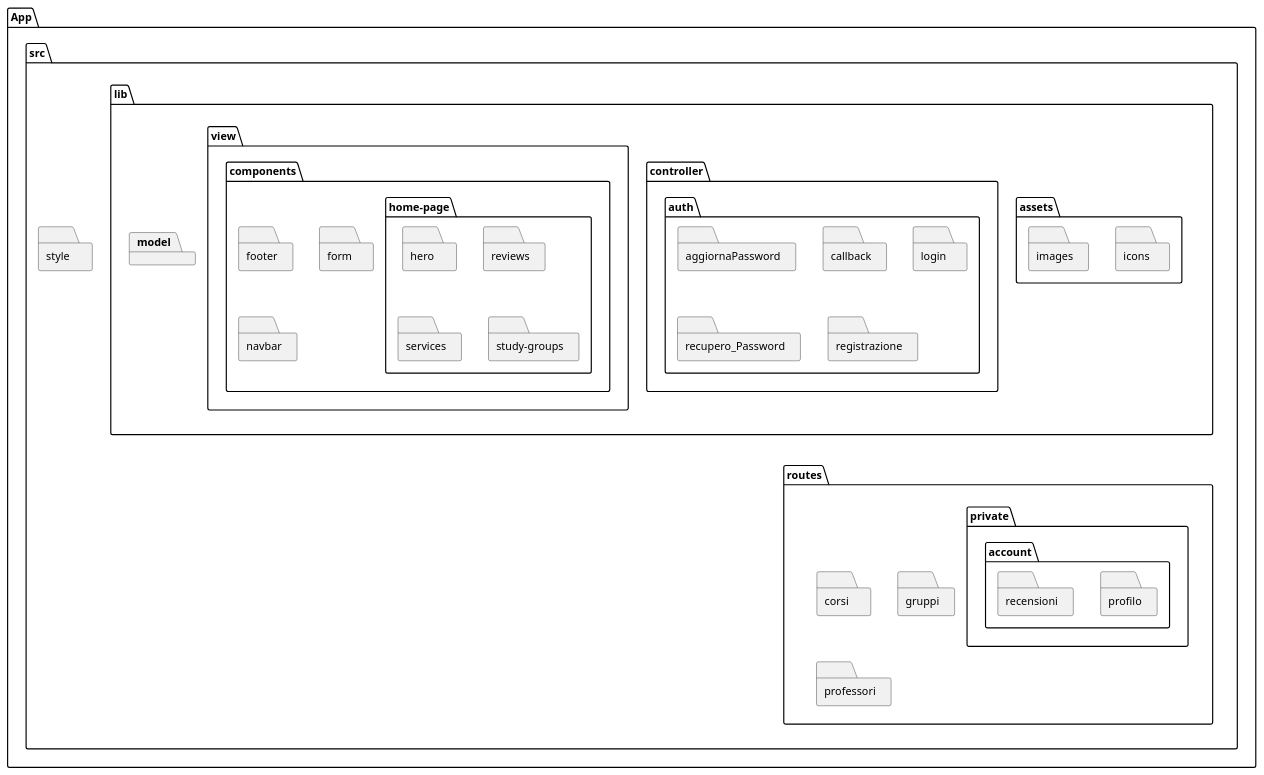
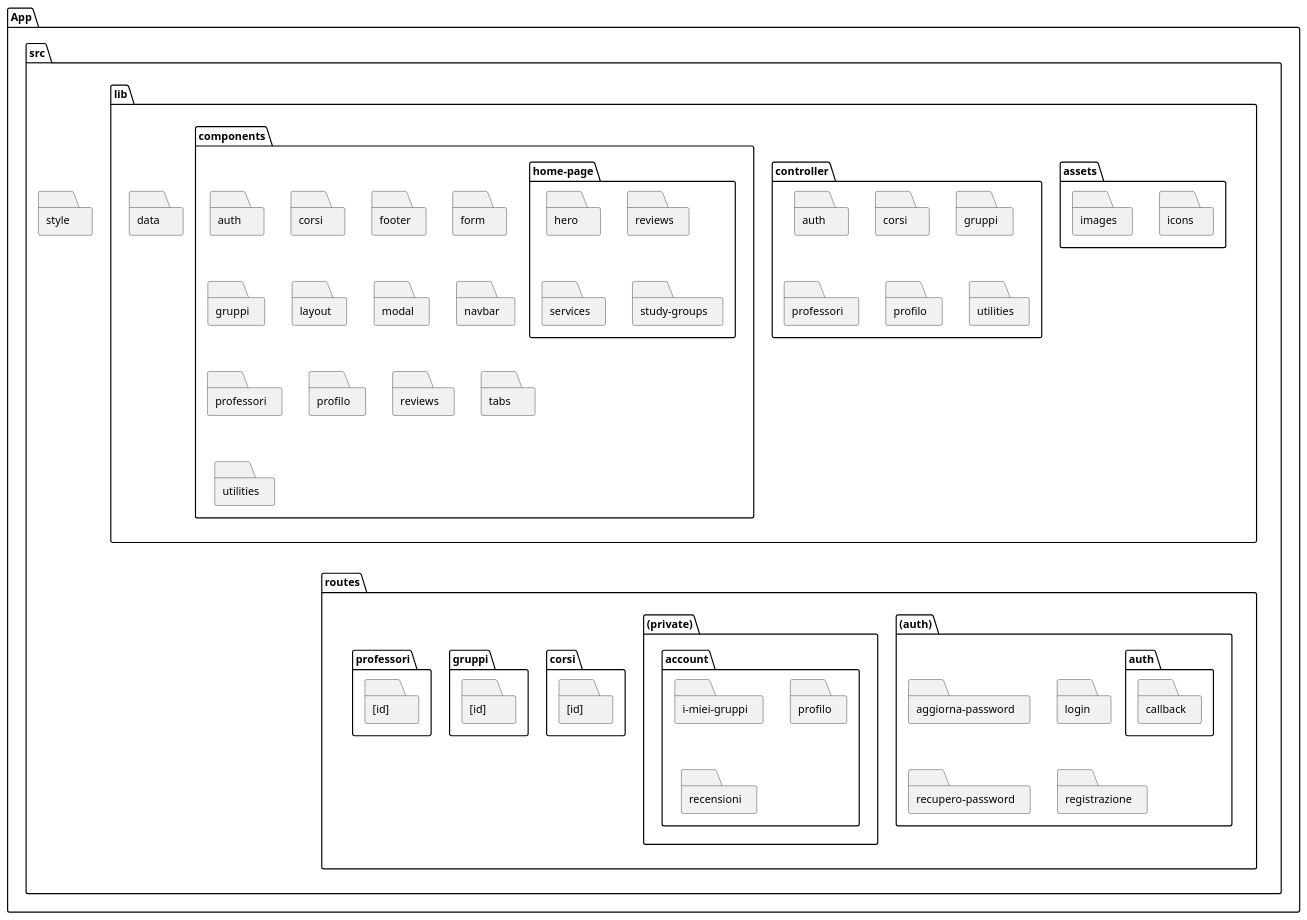
The diagram in Diagrammi/code/Package Diagram/package.puml (AndreaCremonesi4/UniTeam), drawn with PlantUML before and after one commit. The commit also changed 11 other files, not shown here.

```diff
--- a/Diagrammi/code/Package Diagram/package.puml
+++ b/Diagrammi/code/Package Diagram/package.puml
@@ -1,65 +1,84 @@
 @startuml PackageDiagram
 
 package App {
    package src{
         package lib {
-            package assets{
-                folder icons
-                folder images
+            package assets_lib as "assets" {
+                folder icons_asset as "icons"
+                folder images_asset as "images"
             }
             
-            package controller {
-                folder auth
+            package controller_lib as "controller" {
+                folder auth_controller as "auth"
+                folder corsi_controller as "corsi"
+                folder gruppi_controller as "gruppi"
+                folder professori_controller as "professori"
+                folder profilo_controller as "profilo"
+                folder utilities_controller as "utilities"
             }
 
-            package view {
-                package components{
-                    folder auth
-                    folder footer 
-                    folder form
-                    package "home-page"{
-                        folder hero 
-                        folder reviews
-                        folder services
-                        folder "study-groups"
-                    }
-                    folder navbar
+            package components_lib as "components" {
+                folder auth_component as "auth"
+                folder corsi_component as "corsi"
+                folder footer_component as "footer"
+                folder form_component as "form"
+                folder gruppi_component as "gruppi"
+                folder layout_component as "layout"
+                folder modal_component as "modal"
+                folder navbar_component as "navbar"
+                folder professori_component as "professori"
+                folder profilo_component as "profilo"
+                folder reviews_component as "reviews"
+                folder tabs_component as "tabs"
+                folder utilities_component as "utilities"
+                package home_page_component as "home-page"{
+                    folder hero_hp as "hero"
+                    folder reviews_hp as "reviews"
+                    folder services_hp as "services"
+                    folder study_groups_hp as "study-groups"
                 }
             }
 
-            package model {
-              'da infilarci qualcosa di piccolo se no diventa troppo largo 
-            }
+            folder data_lib as "data"
         }
 
         package routes {
-            package "(auth)" {
-                folder aggiornaPassword
-                package auth{
+            package auth_route as "(auth)" {
+                folder aggiorna_password_auth as "aggiorna-password"
+                package auth_auth as "auth"{
                     folder callback
                 }
-                folder login
-                folder recupero_Password
-                folder registrazione
+                folder login_auth as "login"
+                folder recupero_password_auth as "recupero-password"
+                folder registrazione_auth as "registrazione"
             }
             
-            package "(private)"{
-                package account{
-                    folder profilo
-                    folder recensioni
+            package private_route as "(private)"{
+                package account_private as "account"{
+                    folder i_miei_gruppi_private as "i-miei-gruppi"
+                    folder profilo_private as "profilo"
+                    folder recensioni_private as "recensioni"
                 }
             }
 
-            folder corsi
-            folder gruppi
-            folder professori
+            package corsi_route as "corsi" {
+                folder id_corsi as "[id]"
+            }
+
+            package gruppi_route as "gruppi" {
+                folder id_gruppi as "[id]"
+            }
+
+            package professori_route as "professori" {
+                folder id_professori as "[id]"
+            }
         }
         
         folder style
     }
 }
 
-routes -[hidden]u-- lib
+routes -[hidden]u---- lib
 lib -[hidden]d- routes
 
 @enduml
```
